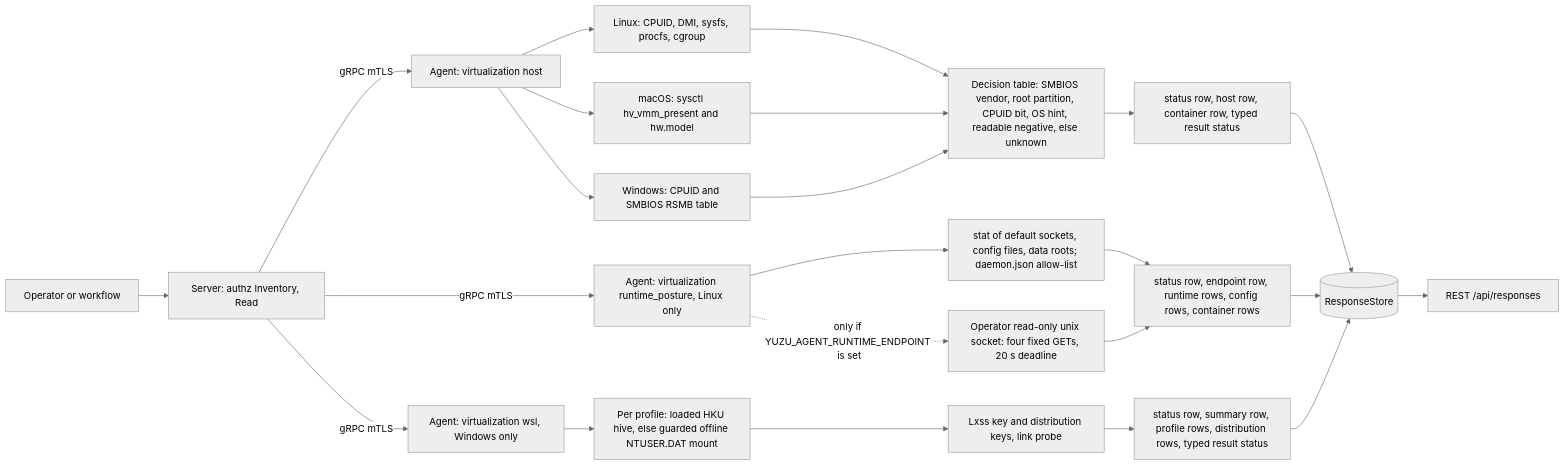
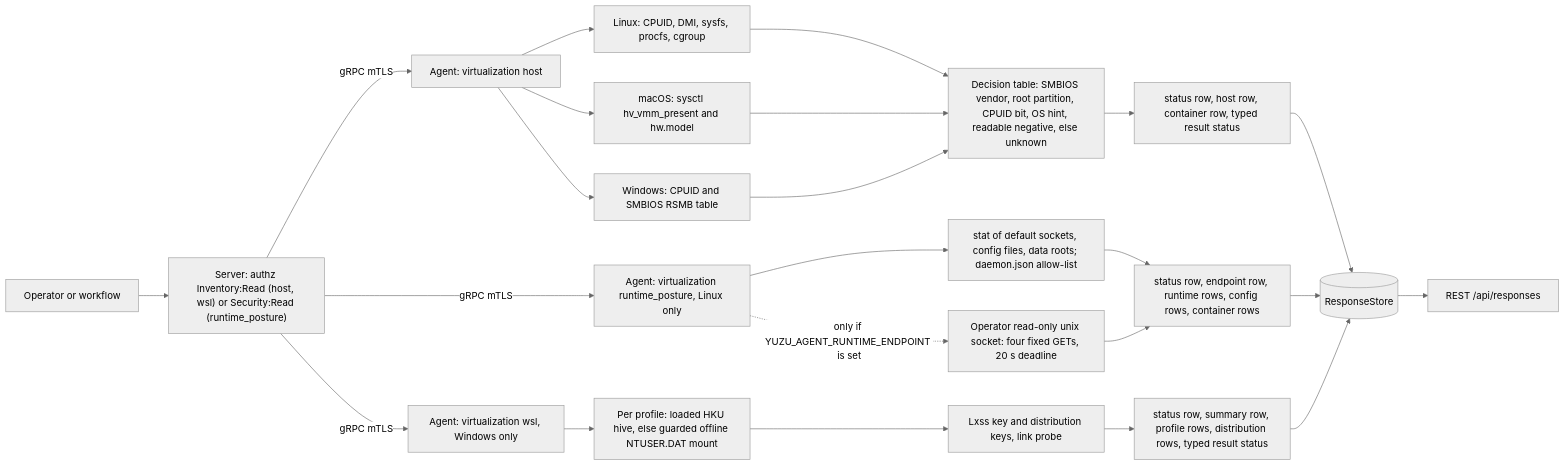
The first of 2 diagrams in agents/plugins/virtualization/README.md (DevNullLtd/Yuzu), drawn with Mermaid (neutral theme) before and after one commit. The commit also changed other lines of this file and 7 other files, not shown here.

````diff
--- a/agents/plugins/virtualization/README.md
+++ b/agents/plugins/virtualization/README.md
@@ -31,25 +31,25 @@
 ```mermaid
 flowchart LR
-  OP["Operator or workflow"] --> SRV["Server: authz Inventory, Read"]
+  OP["Operator or workflow"] --> SRV["Server: authz Inventory:Read (host, wsl) or Security:Read (runtime_posture)"]
   SRV -->|"gRPC mTLS"| EX["Agent: virtualization host"]
   EX --> LIN["Linux: CPUID, DMI, sysfs, procfs, cgroup"]
   EX --> MAC["macOS: sysctl hv_vmm_present and hw.model"]
   EX --> WIN["Windows: CPUID and SMBIOS RSMB table"]
   SRV -->|"gRPC mTLS"| EXR["Agent: virtualization runtime_posture, Linux only"]
   EXR --> RTS["stat of default sockets, config files, data roots; daemon.json allow-list"]
   EXR -.->|"only if YUZU_AGENT_RUNTIME_ENDPOINT is set"| EPT["Operator read-only unix socket: four fixed GETs, 20 s deadline"]
   SRV -->|"gRPC mTLS"| EXW["Agent: virtualization wsl, Windows only"]
   EXW --> HIV["Per profile: loaded HKU hive, else guarded offline NTUSER.DAT mount"]
   HIV --> LXS["Lxss key and distribution keys, link probe"]
   LIN --> DEC["Decision table: SMBIOS vendor, root partition, CPUID bit, OS hint, readable negative, else unknown"]
   MAC --> DEC
   WIN --> DEC
   DEC --> ROWS["status row, host row, container row, typed result status"]
   LXS --> WROWS["status row, summary row, profile rows, distribution rows, typed result status"]
   ROWS --> RS[("ResponseStore")]
   RTS --> RROWS["status row, endpoint row, runtime rows, config rows, container rows"]
   EPT --> RROWS
   RROWS --> RS
   WROWS --> RS
   RS --> API["REST /api/responses"]
 ```
````
